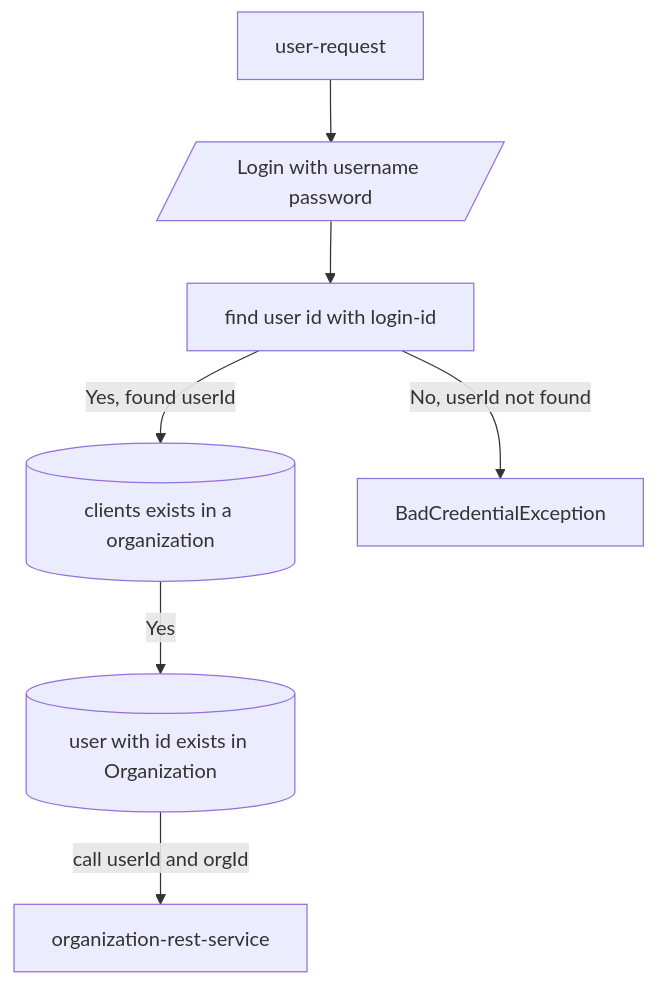
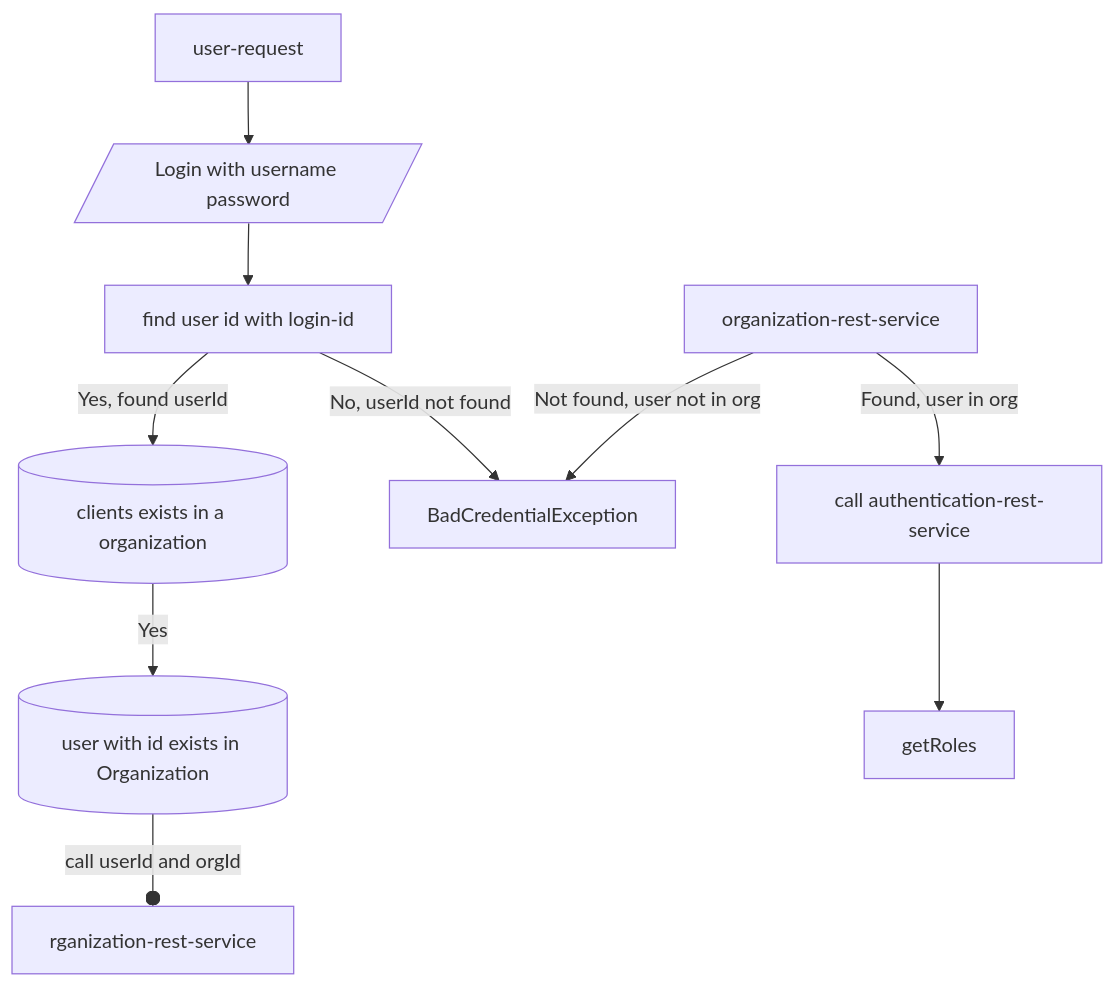
One commit to sonamsamdupkhangsar/spring-authorization-serve changed the diagram in README.md. Above: the diagram before and after it, drawn with Mermaid.

Commit message:
commit reademe

````diff
--- a/README.md
+++ b/README.md
@@ -35,11 +35,13 @@
 ```mermaid
 flowchart TD
  User[user-request] -->login[/Login with username password/]
  login --> findUserId[find user id with login-id]
  findUserId -->|Yes, found userId|checkClientInOrg[(clients exists in a organization)]
  findUserId -->|No, userId not found|returnError[BadCredentialException]
  checkClientInOrg -->|Yes| userExistsInOrg[(user with id exists in Organization)]
 
- userExistsInOrg --call userId and orgId-->organization-rest-service
- 
+ userExistsInOrg --call userId and orgId--organization-rest-service
+ organization-rest-service -->|Found, user in org|authenticate[call authentication-rest-service]
+ organization-rest-service -->|Not found, user not in org| returnError
+ authenticate --> getRoles
 ```
````
